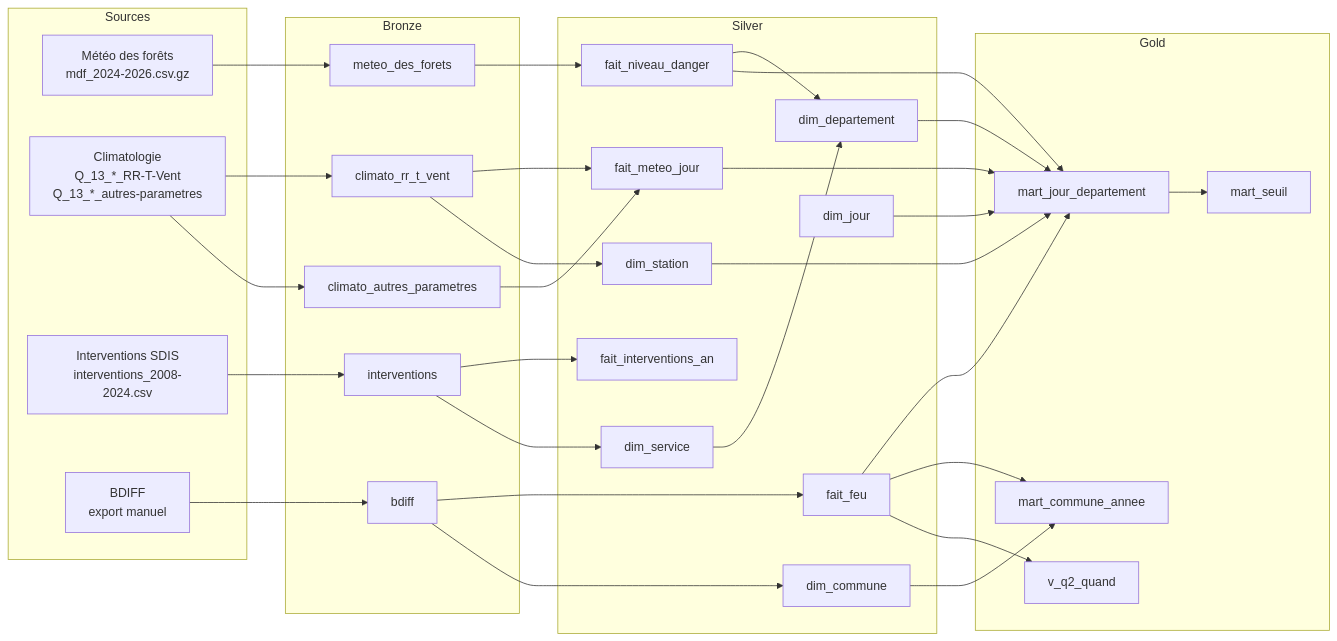
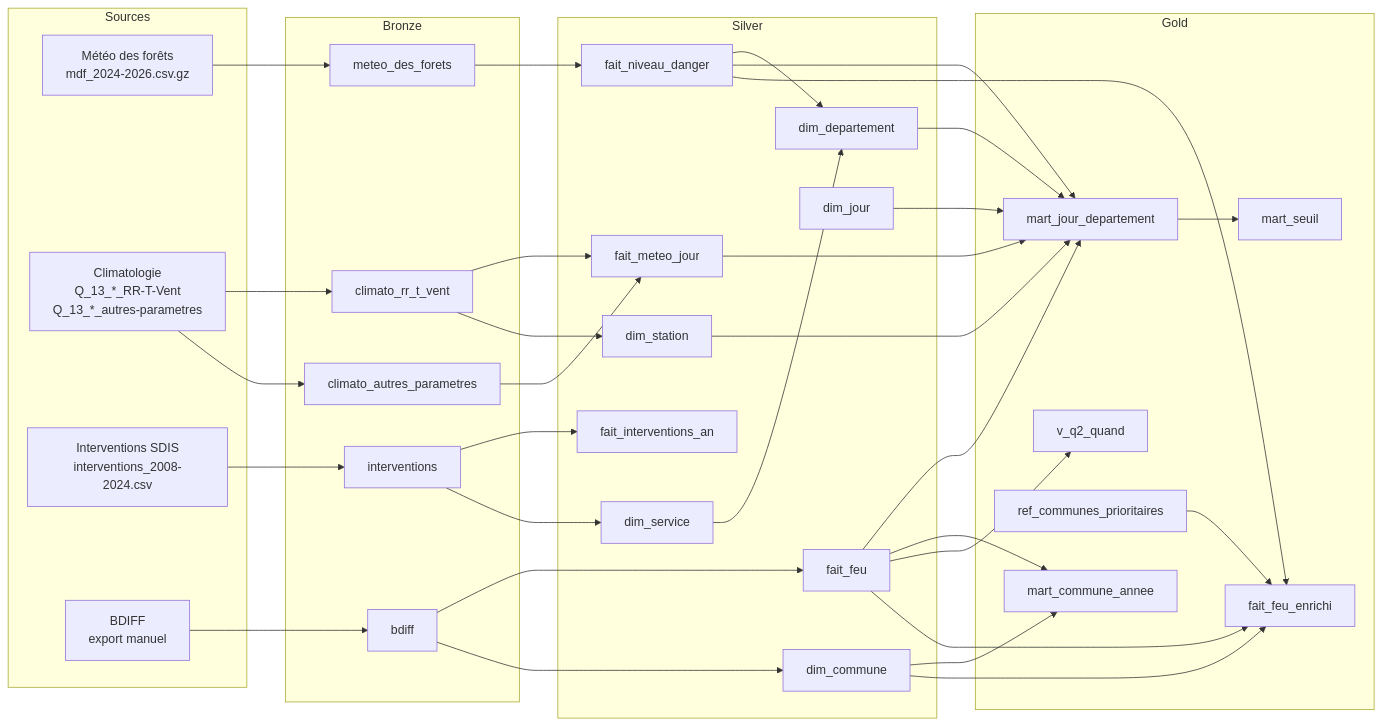
Before and after one commit to Ramdane-chaba/feux-de-foret-provence-alpes-cote-azure: the diagram in docs/pipeline.md, drawn with Mermaid. The commit also changed other lines of this file, not shown here.

````diff
--- a/docs/pipeline.md
+++ b/docs/pipeline.md
@@ -58,53 +58,59 @@
 ```mermaid
 flowchart LR
   subgraph Sources
     MDF[Météo des forêts<br/>mdf_2024-2026.csv.gz]
     CLI[Climatologie<br/>Q_13_*_RR-T-Vent<br/>Q_13_*_autres-parametres]
     INT[Interventions SDIS<br/>interventions_2008-2024.csv]
     BD[BDIFF<br/>export manuel]
   end
   subgraph Bronze
     bMDF[meteo_des_forets]
     bRR[climato_rr_t_vent]
     bAP[climato_autres_parametres]
     bINT[interventions]
     bBD[bdiff]
   end
   subgraph Silver
     fND[fait_niveau_danger]
     fMJ[fait_meteo_jour]
     dST[dim_station]
     fIA[fait_interventions_an]
     dSV[dim_service]
     fFE[fait_feu]
     dCO[dim_commune]
     dDE[dim_departement]
     dJO[dim_jour]
   end
   subgraph Gold
     mJD[mart_jour_departement]
     mSE[mart_seuil]
     mCA[mart_commune_annee]
     vQ2[v_q2_quand]
+    rCP[ref_communes_prioritaires]
+    fFE2[fait_feu_enrichi]
   end
   MDF --> bMDF --> fND
   CLI --> bRR --> fMJ
   CLI --> bAP --> fMJ
   bRR --> dST
   INT --> bINT --> fIA
   bINT --> dSV
   BD --> bBD --> fFE
   bBD --> dCO
   fND --> dDE
   dSV --> dDE
   dDE --> mJD
   dJO --> mJD
   fND --> mJD
   fFE --> mJD
   fMJ --> mJD
   dST --> mJD
   mJD --> mSE
   fFE --> mCA
   dCO --> mCA
   fFE --> vQ2
+  fFE --> fFE2
+  fND --> fFE2
+  dCO --> fFE2
+  rCP --> fFE2
 ```
````
